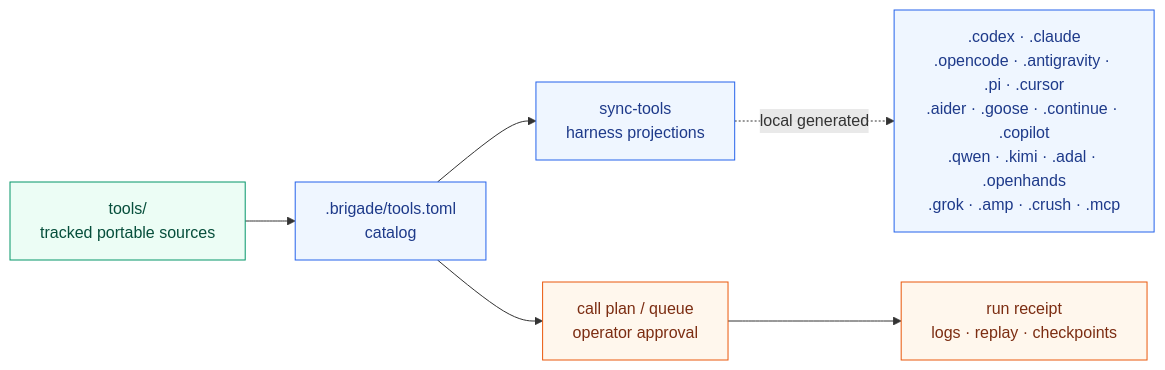
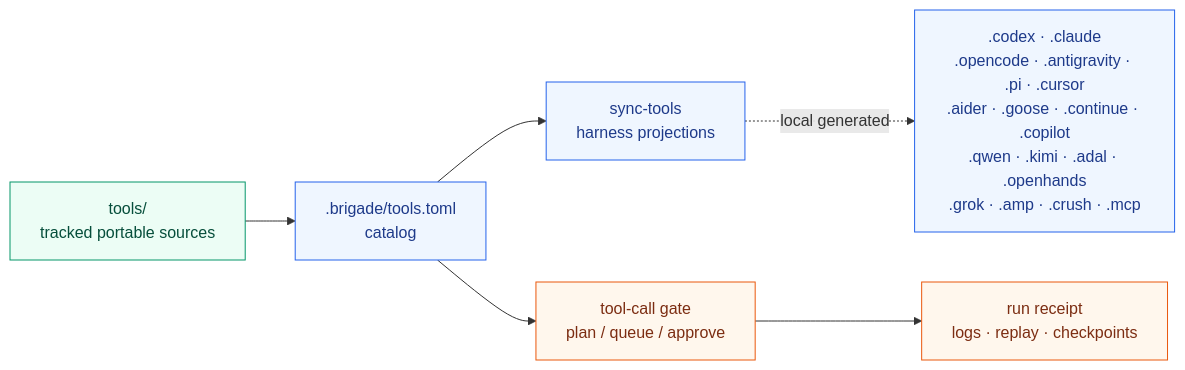
Before and after one commit to escoffier-labs/brigade: the seventh of 12 diagrams in docs/overview.md, drawn with Mermaid. The commit also changed other lines of this file and 12 other files, not shown here.

````diff
--- a/docs/overview.md
+++ b/docs/overview.md
@@ -447,19 +449,19 @@
 ```mermaid
 flowchart LR
     SOURCE["tools/<br/>tracked portable sources"]
     CATALOG[".brigade/tools.toml<br/>catalog"]
     PROJECT["sync-tools<br/>harness projections"]
-    APPROVAL["call plan / queue<br/>operator approval"]
+    APPROVAL["tool-call gate<br/>plan / queue / approve"]
     RUN["run receipt<br/>logs · replay · checkpoints"]
 
     SOURCE --> CATALOG --> PROJECT
     CATALOG --> APPROVAL --> RUN
     PROJECT -. local generated .-> HARNESSES[".codex · .claude<br/>.opencode · .antigravity · .pi · .cursor<br/>.aider · .goose · .continue · .copilot<br/>.qwen · .kimi · .adal · .openhands<br/>.grok · .amp · .crush · .mcp"]
 
     classDef source fill:#ecfdf5,stroke:#059669,color:#064e3b;
     classDef local fill:#eff6ff,stroke:#2563eb,color:#1e3a8a;
     classDef gate fill:#fff7ed,stroke:#ea580c,color:#7c2d12;
     class SOURCE source;
     class CATALOG,PROJECT,HARNESSES local;
     class APPROVAL,RUN gate;
 ```
````
